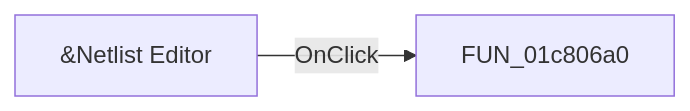
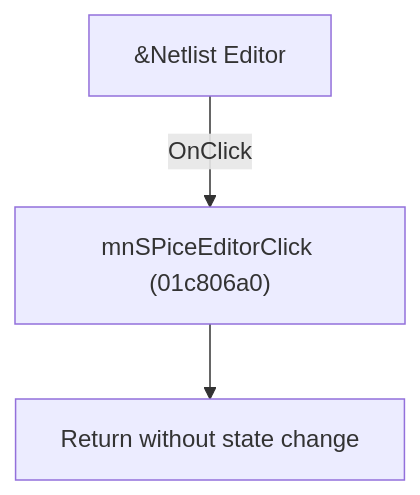
The diagram in docs/ui-controls/schematiceditor/mnspiceeditor-ba9351aa4a.md (MovGP0/TIARA), drawn with Mermaid before and after one commit. The commit also changed other lines of this file and 1062 other files, not shown here.

````diff
--- a/docs/ui-controls/schematiceditor/mnspiceeditor-ba9351aa4a.md
+++ b/docs/ui-controls/schematiceditor/mnspiceeditor-ba9351aa4a.md
@@ -27,4 +27,5 @@
 ```mermaid
-flowchart LR
-    control["&Netlist Editor"] -->|OnClick| handler["FUN_01c806a0"]
+flowchart TD
+    control["&Netlist Editor"] -->|"OnClick"| handler["mnSPiceEditorClick (01c806a0)"]
+    handler --> return["Return without state change"]
 ```
````
